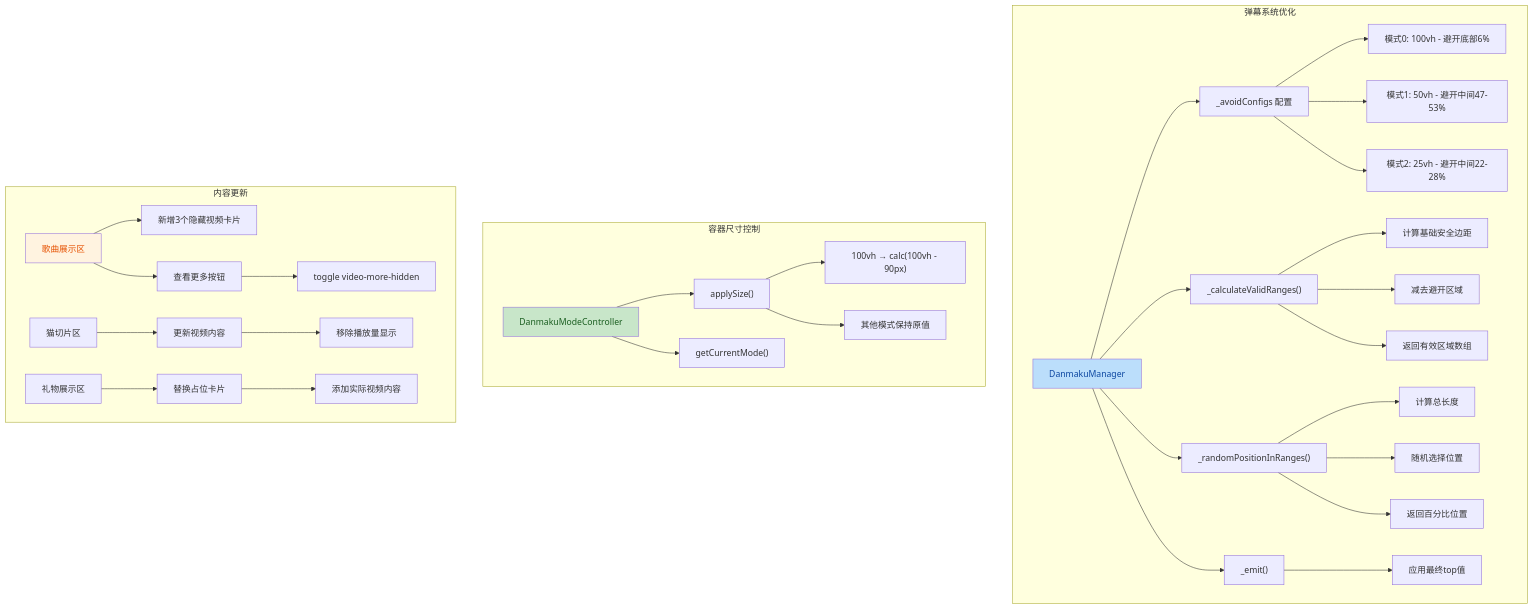
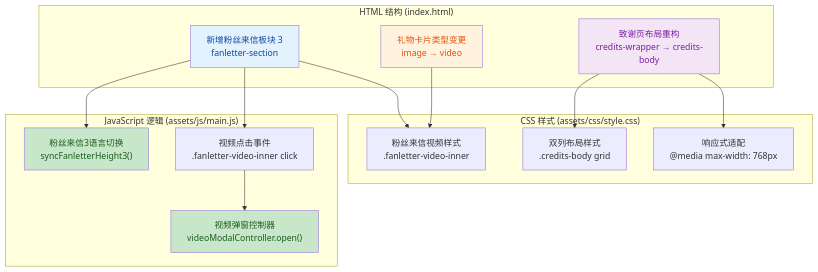
One commit to SunsetShimmer381/okayu-birthday-site changed the first of 2 diagrams in TL;DR.MD. Above: the diagram before and after it, drawn with Mermaid. The commit also changed other lines of this file and 5 other files, not shown here.

````diff
--- a/TL;DR.MD
+++ b/TL;DR.MD
@@ -14,46 +14,34 @@
 ```mermaid
 graph TD
-    subgraph "弹幕系统优化"
-        A["DanmakuManager"] --> B["_avoidConfigs 配置"]
-        A --> C["_calculateValidRanges()"]
-        A --> D["_randomPositionInRanges()"]
-        A --> E["_emit()"]
-        
-        B --> B1["模式0: 100vh - 避开底部6%"]
-        B --> B2["模式1: 50vh - 避开中间47-53%"]
-        B --> B3["模式2: 25vh - 避开中间22-28%"]
-        
-        C --> C1["计算基础安全边距"]
-        C --> C2["减去避开区域"]
-        C --> C3["返回有效区域数组"]
-        
-        D --> D1["计算总长度"]
-        D --> D2["随机选择位置"]
-        D --> D3["返回百分比位置"]
-        
-        E --> E1["应用最终top值"]
+    subgraph "HTML 结构 (index.html)"
+        A["新增粉丝来信板块 3<br>fanletter-section"]
+        B["礼物卡片类型变更<br>image → video"]
+        C["致谢页布局重构<br>credits-wrapper → credits-body"]
     end
     
-    subgraph "容器尺寸控制"
-        F["DanmakuModeController"] --> G["applySize()"]
-        G --> G1["100vh → calc(100vh - 90px)"]
-        G --> G2["其他模式保持原值"]
-        F --> H["getCurrentMode()"]
+    subgraph "CSS 样式 (assets/css/style.css)"
+        D["粉丝来信视频样式<br>.fanletter-video-inner"]
+        E["双列布局样式<br>.credits-body grid"]
+        F["响应式适配<br>@media max-width: 768px"]
     end
     
-    subgraph "内容更新"
-        I["歌曲展示区"] --> I1["新增3个隐藏视频卡片"]
-        I --> I2["查看更多按钮"]
-        I2 --> I3["toggle video-more-hidden"]
-        
-        J["猫切片区"] --> J1["更新视频内容"]
-        J1 --> J2["移除播放量显示"]
-        
-        K["礼物展示区"] --> K1["替换占位卡片"]
-        K1 --> K2["添加实际视频内容"]
+    subgraph "JavaScript 逻辑 (assets/js/main.js)"
+        G["粉丝来信3语言切换<br>syncFanletterHeight3()"]
+        H["视频点击事件<br>.fanletter-video-inner click"]
+        I["视频弹窗控制器<br>videoModalController.open()"]
     end
     
-    style A fill:#bbdefb,color:#0d47a1
-    style F fill:#c8e6c9,color:#1a5e20
-    style I fill:#fff3e0,color:#e65100
+    A --> D
+    A --> G
+    A --> H
+    B --> D
+    C --> E
+    C --> F
+    H --> I
+    
+    style A fill:#e3f2fd,color:#0d47a1
+    style B fill:#fff3e0,color:#e65100
+    style C fill:#f3e5f5,color:#7b1fa2
+    style G fill:#c8e6c9,color:#1a5e20
+    style I fill:#c8e6c9,color:#1a5e20
 ```
````
